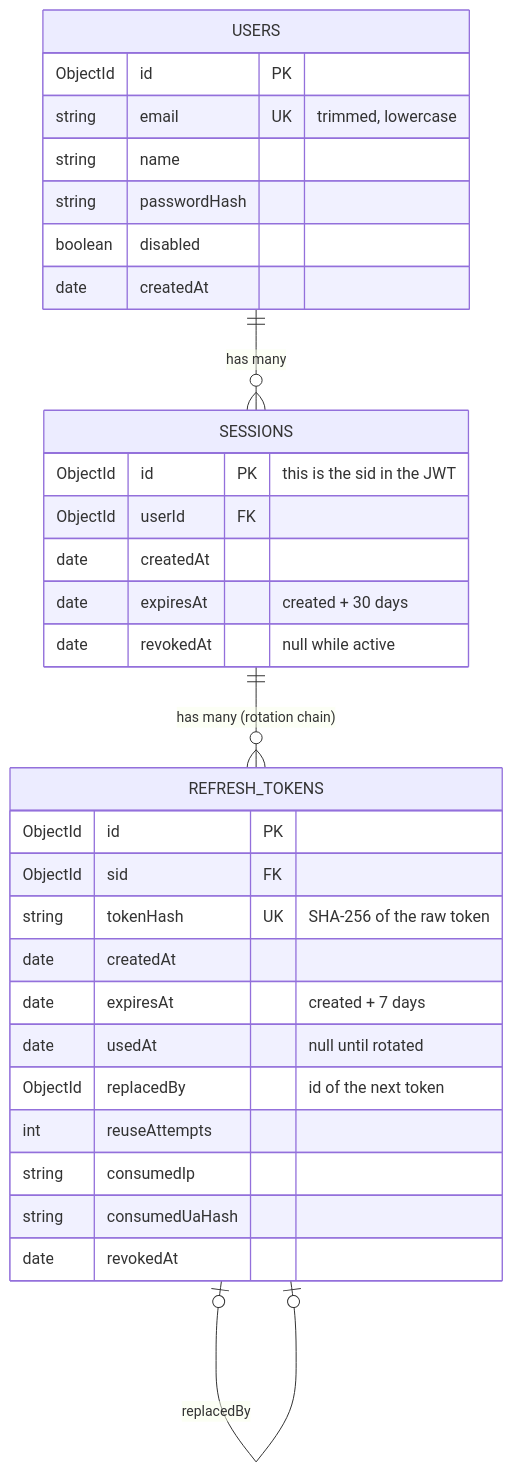
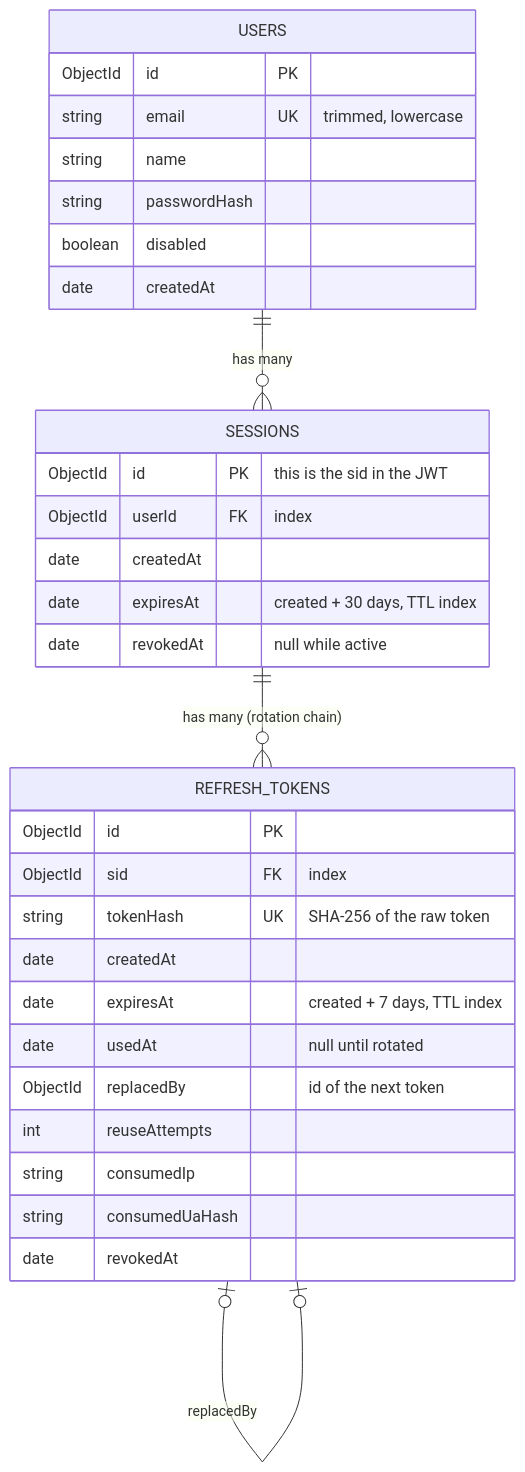
The diagram in docs/architecture/database-design.md (Rowan-habashy/easyGenerator-auth), drawn with Mermaid before and after one commit. The commit also changed other lines of this file and 4 other files, not shown here.

````diff
--- a/docs/architecture/database-design.md
+++ b/docs/architecture/database-design.md
@@ -7,35 +3,35 @@
 ```mermaid
 erDiagram
     USERS ||--o{ SESSIONS : "has many"
     SESSIONS ||--o{ REFRESH_TOKENS : "has many (rotation chain)"
     REFRESH_TOKENS |o--o| REFRESH_TOKENS : "replacedBy"
 
     USERS {
         ObjectId id PK
         string email UK "trimmed, lowercase"
         string name
         string passwordHash
         boolean disabled
         date createdAt
     }
     SESSIONS {
         ObjectId id PK "this is the sid in the JWT"
-        ObjectId userId FK
+        ObjectId userId FK "index"
         date createdAt
-        date expiresAt "created + 30 days"
+        date expiresAt "created + 30 days, TTL index"
         date revokedAt "null while active"
     }
     REFRESH_TOKENS {
         ObjectId id PK
-        ObjectId sid FK
+        ObjectId sid FK "index"
         string tokenHash UK "SHA-256 of the raw token"
         date createdAt
-        date expiresAt "created + 7 days"
+        date expiresAt "created + 7 days, TTL index"
         date usedAt "null until rotated"
         ObjectId replacedBy "id of the next token"
         int reuseAttempts
         string consumedIp
         string consumedUaHash
         date revokedAt
     }
 ```
````
